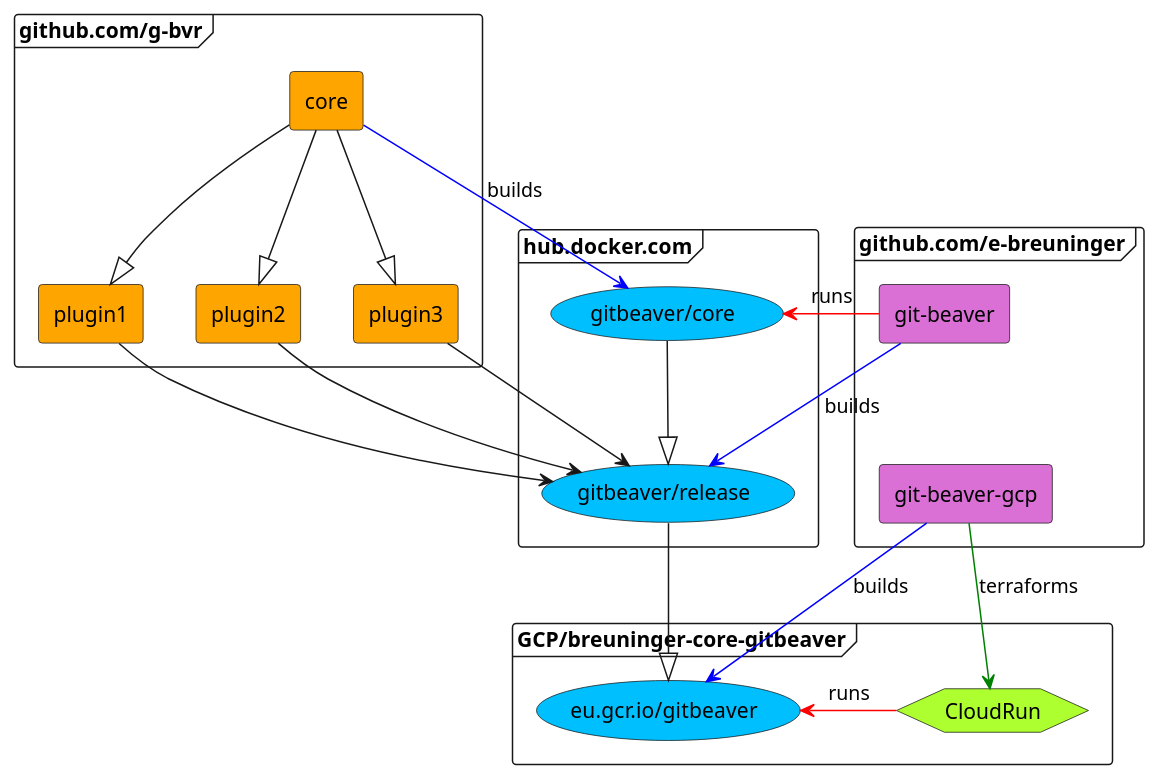
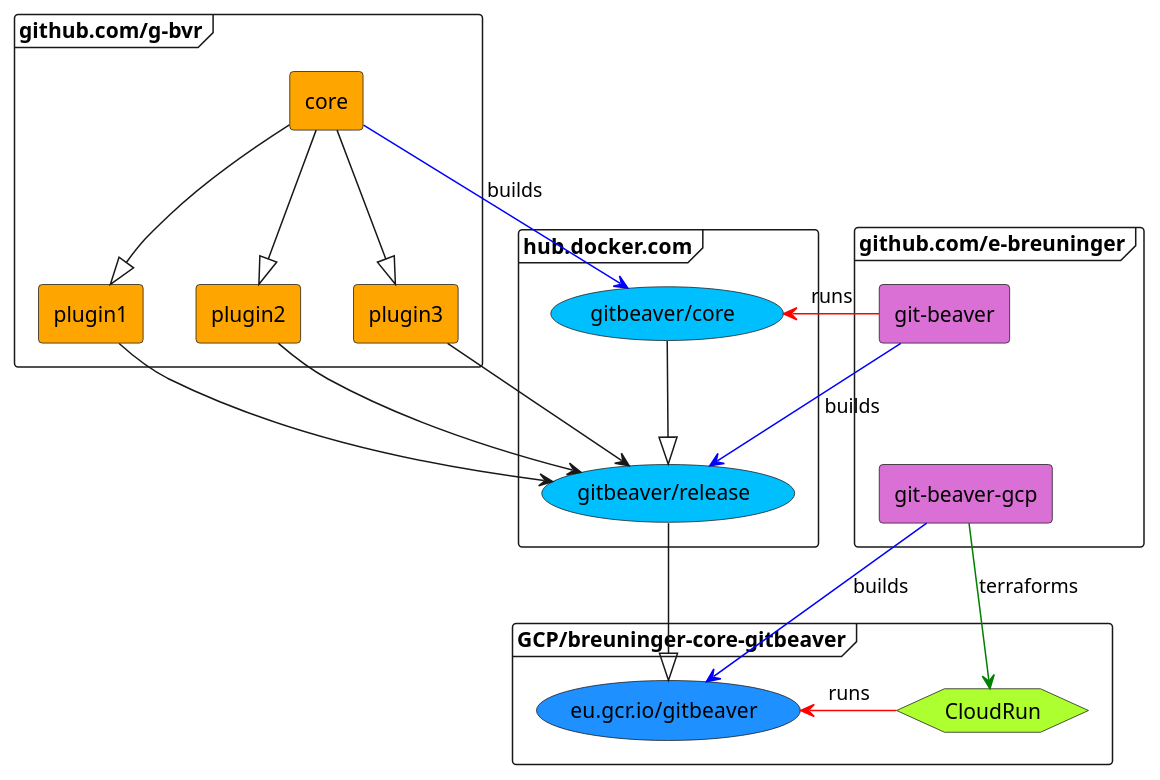
Before and after one commit to e-breuninger/git-beaver-gcp: the diagram in overview.puml, drawn with PlantUML.

Commit message:
changed color

```diff
--- a/overview.puml
+++ b/overview.puml
@@ -1,37 +1,37 @@
 @startuml
 frame github.com/g-bvr {
 agent core #orange
 agent plugin1 #orange
 agent plugin2 #orange
 agent plugin3 #orange
 }
 frame hub.docker.com {
 (gitbeaver/core) #deepskyblue
 (gitbeaver/release) #deepskyblue
 }
 frame github.com/e-breuninger {
 agent "git-beaver" #orchid
 agent "git-beaver-gcp" #orchid
 }
 frame GCP/breuninger-core-gitbeaver {
-(eu.gcr.io/gitbeaver) #deepskyblue
+(eu.gcr.io/gitbeaver) #dodgerblue
 hexagon CloudRun #greenyellow
 }
 
 (core) --|> (plugin1)
 (core) --|> (plugin2)
 (core) --|> (plugin3)
 (core) -[#blue]> (gitbeaver/core) : builds
 (gitbeaver/core) --|> (gitbeaver/release)
 (plugin1) --> (gitbeaver/release)
 (plugin2) --> (gitbeaver/release)
 (plugin3) --> (gitbeaver/release)
 (git-beaver) -[#blue]l--> (gitbeaver/release) : builds
 (git-beaver) -[hidden]-> (git-beaver-gcp)
 (gitbeaver/core)<-[#red]l-(git-beaver) : runs
 (git-beaver-gcp)-[#green]->(CloudRun) : terraforms
 (gitbeaver/release)--|>(eu.gcr.io/gitbeaver)
 (git-beaver-gcp) -[#blue]-> (eu.gcr.io/gitbeaver) : builds
 (eu.gcr.io/gitbeaver) <-[#red] (CloudRun) : runs
 
 @enduml
```
